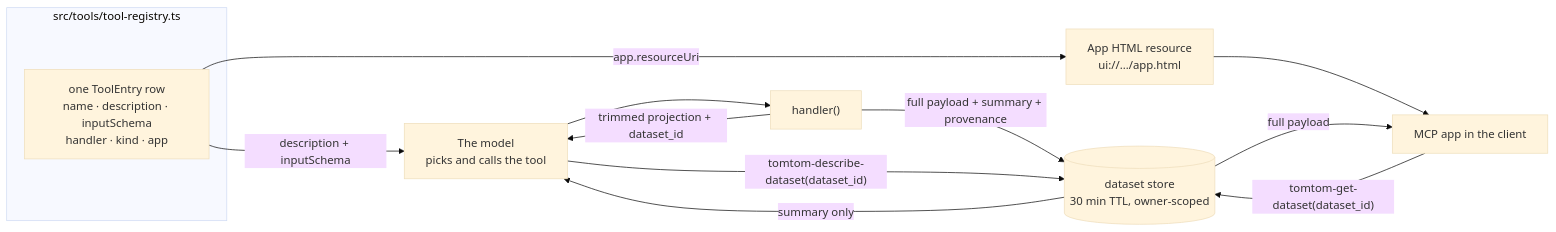
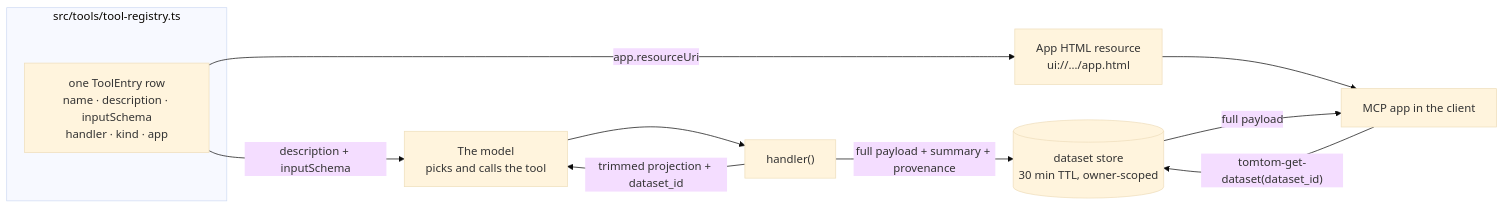
The first of 5 diagrams in docs/tools-architecture.md (tomtom-international/tomtom-maps-mcp), drawn with Mermaid (base theme) before and after one commit. The commit also changed other lines of this file and 14 other files, not shown here.

````diff
--- a/docs/tools-architecture.md
+++ b/docs/tools-architecture.md
@@ -32,18 +29,16 @@
 ```mermaid
 flowchart LR
   subgraph Registry["src/tools/tool-registry.ts"]
     ROW["one ToolEntry row<br/>name · description · inputSchema<br/>handler · kind · app"]
   end
 
   ROW -->|"description + inputSchema"| MODEL["The model<br/>picks and calls the tool"]
   ROW -->|"app.resourceUri"| APPRES["App HTML resource<br/>ui://…/app.html"]
 
   MODEL --> HANDLER["handler()"]
   HANDLER -->|"trimmed projection + dataset_id"| MODEL
   HANDLER -->|"full payload + summary + provenance"| STORE[("dataset store<br/>30 min TTL, owner-scoped")]
   APPRES --> APP["MCP app in the client"]
   APP -->|"tomtom-get-dataset(dataset_id)"| STORE
   STORE -->|"full payload"| APP
-  MODEL -->|"tomtom-describe-dataset(dataset_id)"| STORE
-  STORE -->|"summary only"| MODEL
 ```
````
